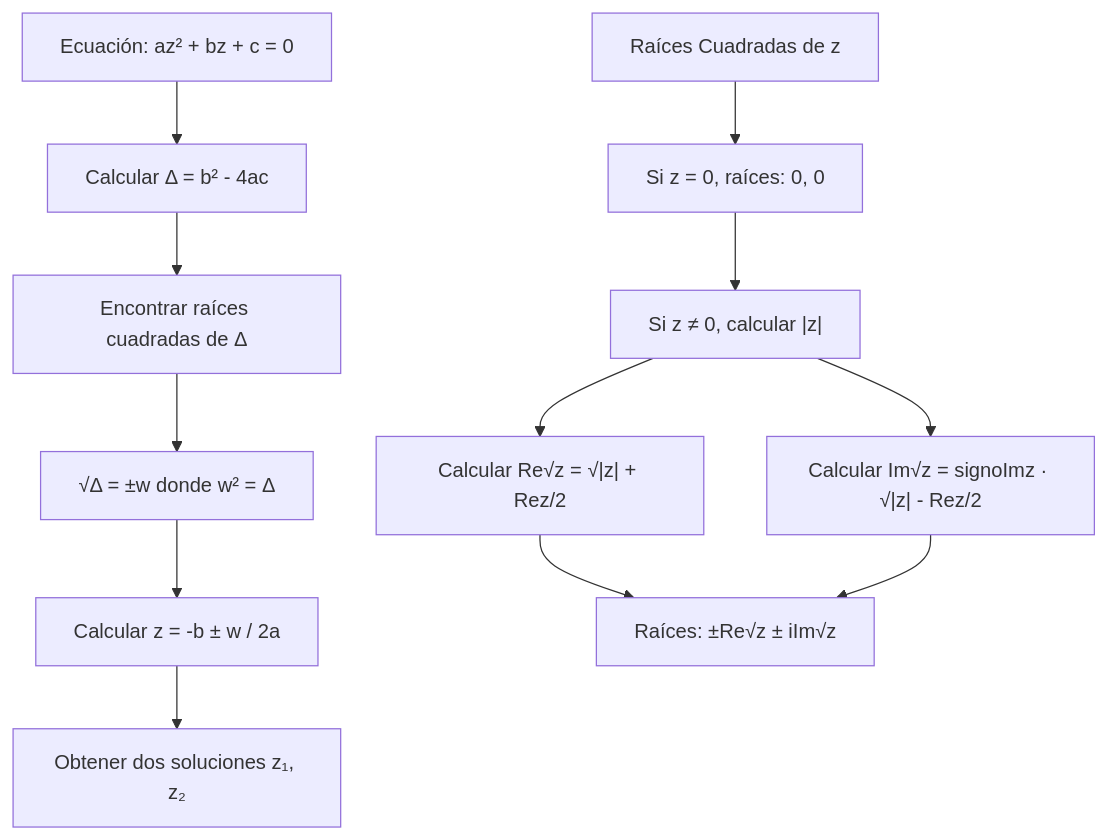
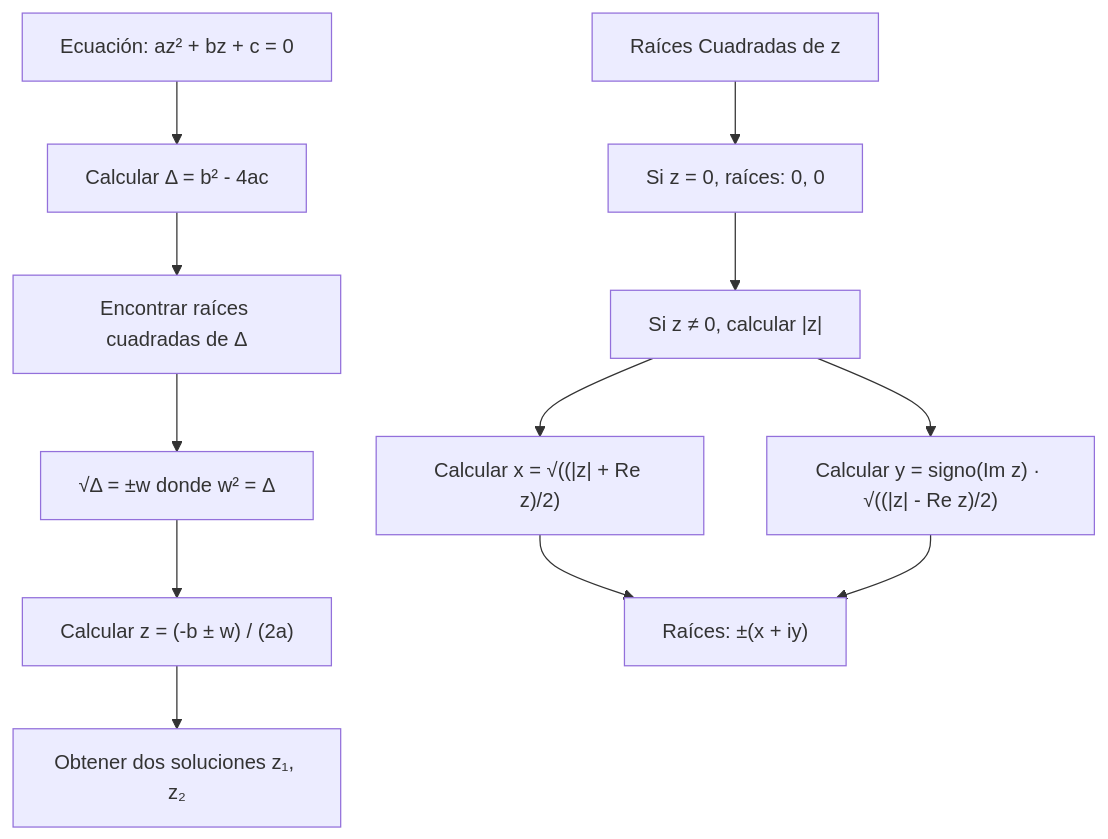
Before and after one commit to djaimej/computer-science-template: the first of 2 diagrams in public/documents/semester-2/1/2133.md, drawn with Mermaid. The commit also changed other lines of this file and 21 other files, not shown here.

````diff
--- a/public/documents/semester-2/1/2133.md
+++ b/public/documents/semester-2/1/2133.md
@@ -134,19 +134,19 @@
 ```mermaid
 graph TD
     A[Ecuación: az² + bz + c = 0] --> B[Calcular Δ = b² - 4ac]
     B --> C[Encontrar raíces cuadradas de Δ]
     C --> D[√Δ = ±w donde w² = Δ]
-    D --> E[Calcular z = -b ± w / 2a]
+    D --> E["Calcular z = (-b ± w) / (2a)"]
     E --> F[Obtener dos soluciones z₁, z₂]
 
     G[Raíces Cuadradas de z] --> H[Si z = 0, raíces: 0, 0]
     H --> I["Si z ≠ 0, calcular |z|"]
-    I --> J["Calcular Re√z = √|z| + Rez/2"]
-    I --> K["Calcular Im√z = signoImz · √|z| - Rez/2"]
-    J --> L[Raíces: ±Re√z ± iIm√z]
+    I --> J["Calcular x = √((|z| + Re z)/2)"]
+    I --> K["Calcular y = signo(Im z) · √((|z| - Re z)/2)"]
+    J --> L["Raíces: ±(x + iy)"]
     K --> L
 
     A:::green
     F:::blue
     L:::lazuli
 ```
````
